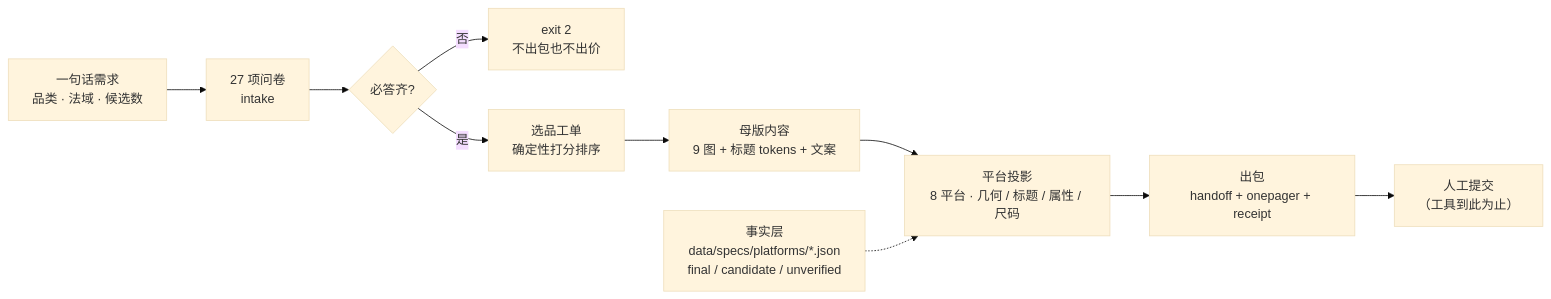
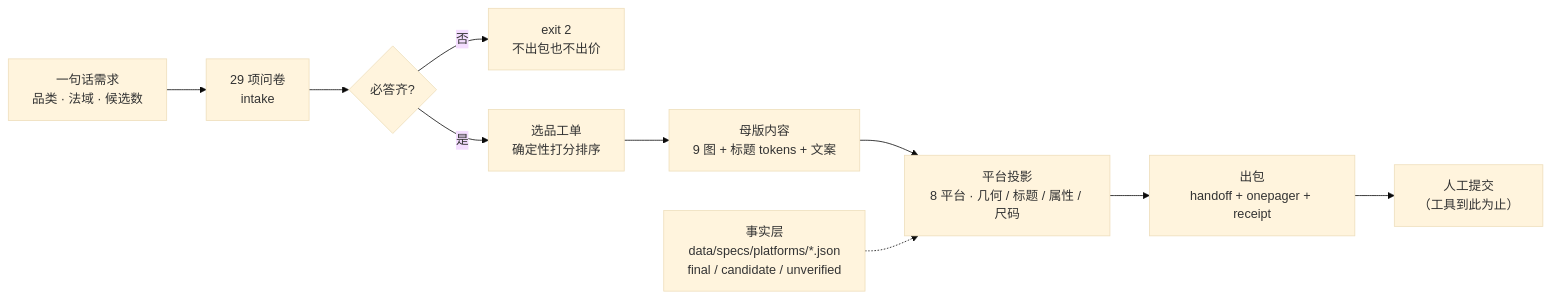
The diagram in README.md (hcy-001/crossborder-chain), drawn with Mermaid (base theme) before and after one commit. The commit also changed other lines of this file and 5 other files, not shown here.

````diff
--- a/README.md
+++ b/README.md
@@ -141,12 +141,12 @@
 ```mermaid
 flowchart LR
-  A["一句话需求<br/>品类 · 法域 · 候选数"] --> B["27 项问卷<br/>intake"]
+  A["一句话需求<br/>品类 · 法域 · 候选数"] --> B["29 项问卷<br/>intake"]
   B --> C{"必答齐?"}
   C -- 否 --> C1["exit 2<br/>不出包也不出价"]
   C -- 是 --> D["选品工单<br/>确定性打分排序"]
   D --> E["母版内容<br/>9 图 + 标题 tokens + 文案"]
   E --> F["平台投影<br/>8 平台 · 几何 / 标题 / 属性 / 尺码"]
   F --> G["出包<br/>handoff + onepager + receipt"]
   G --> H["人工提交<br/>（工具到此为止）"]
   R["事实层<br/>data/specs/platforms/*.json<br/>final / candidate / unverified"] -.-> F
 ```
````
